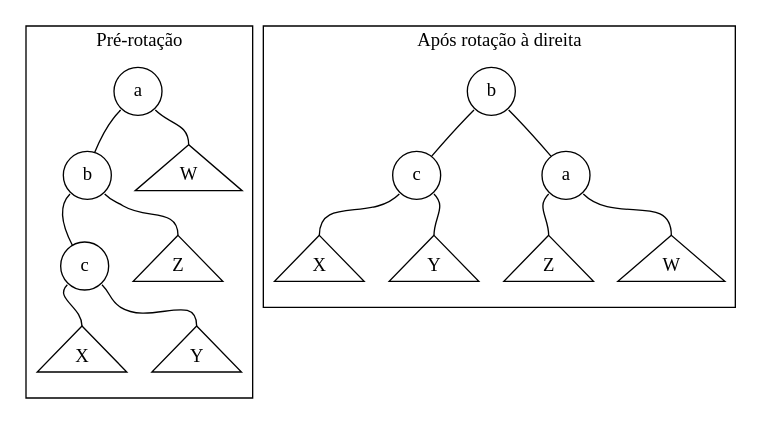
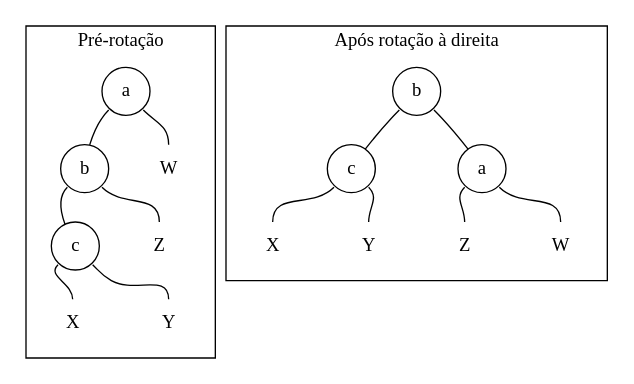
The second of 5 diagrams in SI/2019-2/AEDS3/estudos/avltree.org (luksamuk/study), drawn with Graphviz before and after one commit. The commit also changed other lines of this file and 17 other files, not shown here.

```diff
--- a/SI/2019-2/AEDS3/estudos/avltree.org
+++ b/SI/2019-2/AEDS3/estudos/avltree.org
@@ -272,45 +272,45 @@
 #+begin_src dot :file img/rrot.svg
 graph G {
       graph[ranksep=0.3];
       bgcolor="#00000000";
       node [shape=circle];
 
       subgraph cluster_0 {
           label="Pré-rotação";
           a0[label="a"];
           b0[label="b"];
           c0[label="c"];
           
-          RA0[label="W", shape=triangle];
-          RB0[label="Z", shape=triangle];
-          LC0[label="X", shape=triangle];
-          RC0[label="Y", shape=triangle];
+          RA0[label="W", shape=plaintext];
+          RB0[label="Z", shape=plaintext];
+          LC0[label="X", shape=plaintext];
+          RC0[label="Y", shape=plaintext];
 
           a0:sw -- b0;
           a0:se -- RA0:n;
           b0:sw -- c0;
           b0:se -- RB0:n;
           c0:sw -- LC0:n;
           c0:se -- RC0:n;
       }
 
       subgraph cluster_1 {
           label="Após rotação à direita";
           a1[label="a"];        
           b1[label="b"];
           c1[label="c"];
           
-          RA1[label="W", shape=triangle];
-          RB1[label="Z", shape=triangle];
-          LC1[label="X", shape=triangle];
-          RC1[label="Y", shape=triangle];
+          RA1[label="W", shape=plaintext];
+          RB1[label="Z", shape=plaintext];
+          LC1[label="X", shape=plaintext];
+          RC1[label="Y", shape=plaintext];
           
           b1:sw -- c1;
           b1:se -- a1;
           a1:sw -- RB1:n;
           a1:se -- RA1:n;
           c1:sw -- LC1:n;
           c1:se -- RC1:n;
       }
 }
 #+end_src
```
